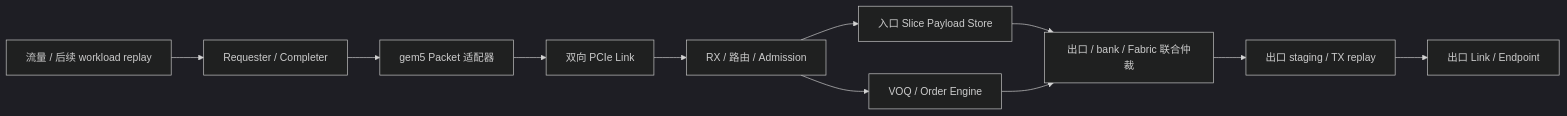
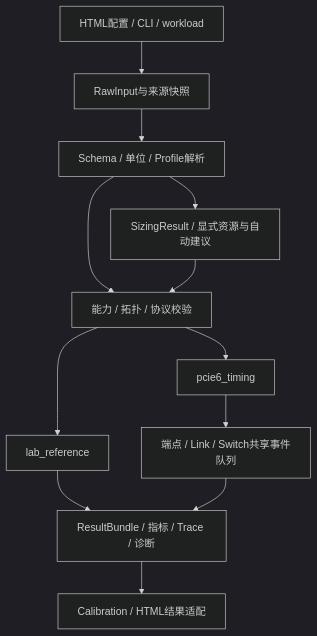
One commit to caryzoumvp/gem5-pcie changed the diagram in docs/pcie_switch/PCIe6_Simulation_Architecture.md. Above: the diagram before and after it, drawn with Mermaid (dark theme). The commit also changed other lines of this file and 4 other files, not shown here.

````diff
--- a/docs/pcie_switch/PCIe6_Simulation_Architecture.md
+++ b/docs/pcie_switch/PCIe6_Simulation_Architecture.md
@@ -38,13 +31,14 @@
 ```mermaid
-flowchart LR
-  W[流量 / 后续 workload replay] --> E[Requester / Completer]
-  E --> A[gem5 Packet 适配器]
-  A --> L[双向 PCIe Link]
-  L --> R[RX / 路由 / Admission]
-  R --> P[入口 Slice Payload Store]
-  R --> Q[VOQ / Order Engine]
-  P --> S[出口 / bank / Fabric 联合仲裁]
-  Q --> S
-  S --> T[出口 staging / TX replay]
-  T --> O[出口 Link / Endpoint]
+flowchart TB
+  UI[HTML配置 / CLI / workload] --> RAW[RawInput与来源快照]
+  RAW --> N[Schema / 单位 / Profile解析]
+  N --> S[SizingResult / 显式资源与自动建议]
+  N --> CAP[能力 / 拓扑 / 协议校验]
+  S --> CAP
+  CAP --> REF[lab_reference]
+  CAP --> TIM[pcie6_timing]
+  TIM --> SYS[端点 / Link / Switch共享事件队列]
+  REF --> RES[ResultBundle / 指标 / Trace / 诊断]
+  SYS --> RES
+  RES --> AD[Calibration / HTML结果适配]
 ```
````
